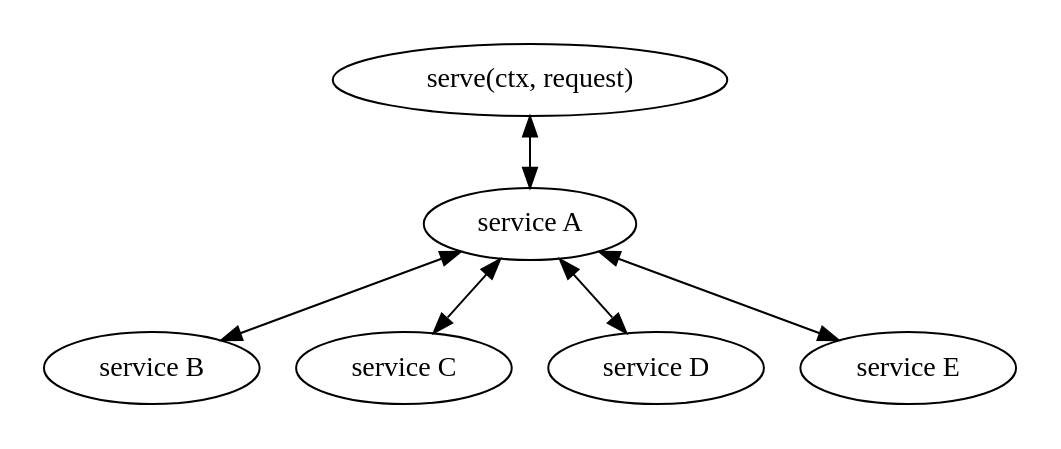
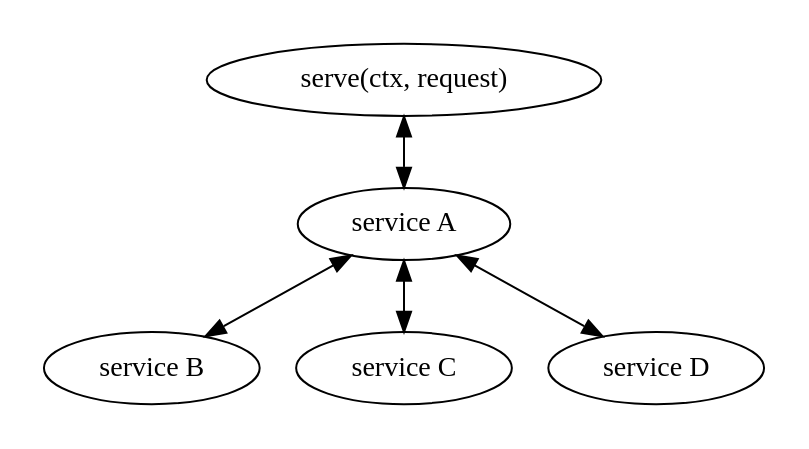
Before and after one commit to plabayo/rama: the first of 2 diagrams in docs/book/src/intro/service_branches.md, drawn with Graphviz.

Commit message:
one less service in branching example

````diff
--- a/docs/book/src/intro/service_branches.md
+++ b/docs/book/src/intro/service_branches.md
@@ -27,10 +27,9 @@
 ```dot process
 digraph {
     pad=0.2;
     "serve(ctx, request)" -> "service A" [dir=both]
     "service A" -> "service B" [dir=both]
     "service A" -> "service C" [dir=both]
     "service A" -> "service D" [dir=both]
-    "service A" -> "service E" [dir=both]
 }
 ```
````
